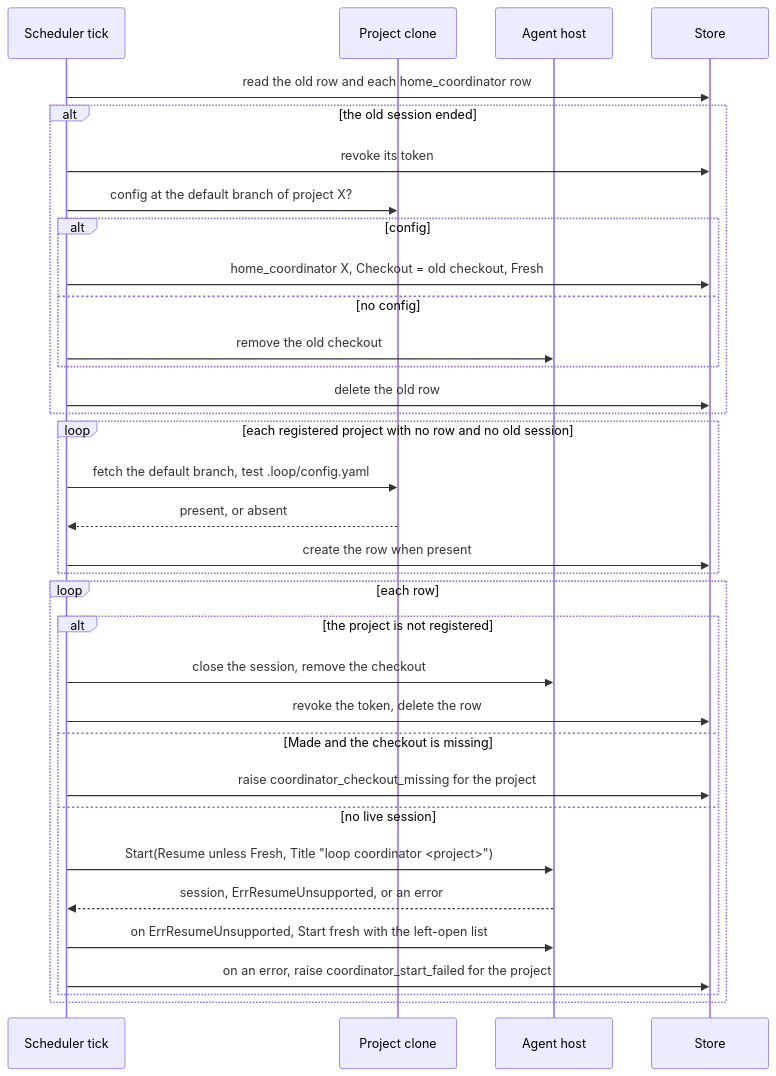
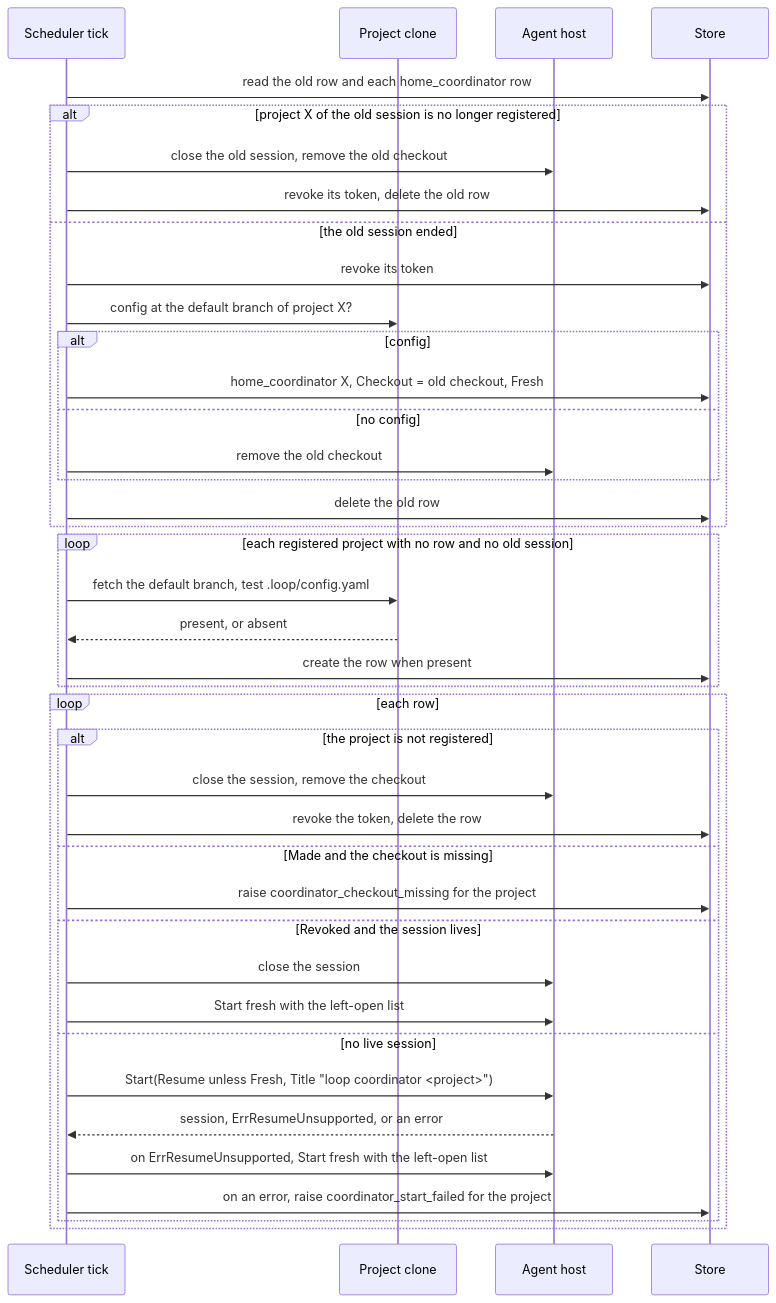
One commit to iantanwx/factory changed the first of 6 diagrams in docs/specs/factorio-1edo-project-home-coordinators-spec.md. Above: the diagram before and after it, drawn with Mermaid. The commit also changed other lines of this file, not shown here.

````diff
--- a/docs/specs/factorio-1edo-project-home-coordinators-spec.md
+++ b/docs/specs/factorio-1edo-project-home-coordinators-spec.md
@@ -555,36 +711,42 @@
 ```mermaid
 sequenceDiagram
     participant T as Scheduler tick
     participant G as Project clone
     participant H as Agent host
     participant S as Store
     T->>S: read the old row and each home_coordinator row
-    alt the old session ended
+    alt project X of the old session is no longer registered
+        T->>H: close the old session, remove the old checkout
+        T->>S: revoke its token, delete the old row
+    else the old session ended
         T->>S: revoke its token
         T->>G: config at the default branch of project X?
         alt config
             T->>S: home_coordinator X, Checkout = old checkout, Fresh
         else no config
             T->>H: remove the old checkout
         end
         T->>S: delete the old row
     end
     loop each registered project with no row and no old session
         T->>G: fetch the default branch, test .loop/config.yaml
         G-->>T: present, or absent
         T->>S: create the row when present
     end
     loop each row
         alt the project is not registered
             T->>H: close the session, remove the checkout
             T->>S: revoke the token, delete the row
         else Made and the checkout is missing
             T->>S: raise coordinator_checkout_missing for the project
+        else Revoked and the session lives
+            T->>H: close the session
+            T->>H: Start fresh with the left-open list
         else no live session
             T->>H: Start(Resume unless Fresh, Title "loop coordinator <project>")
             H-->>T: session, ErrResumeUnsupported, or an error
             T->>H: on ErrResumeUnsupported, Start fresh with the left-open list
             T->>S: on an error, raise coordinator_start_failed for the project
         end
     end
 ```
````
